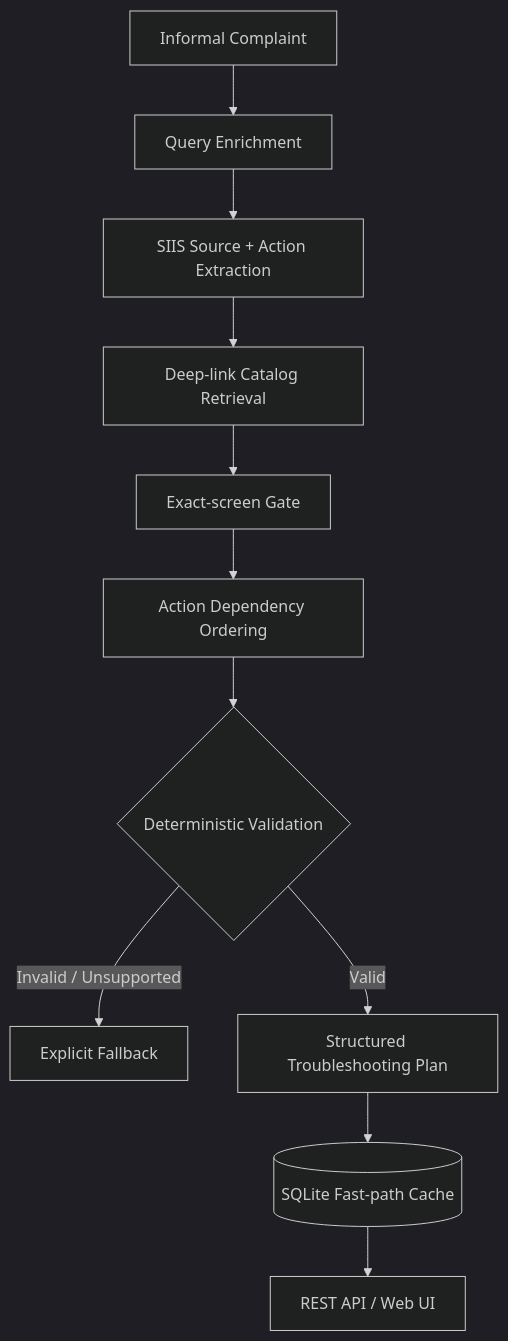
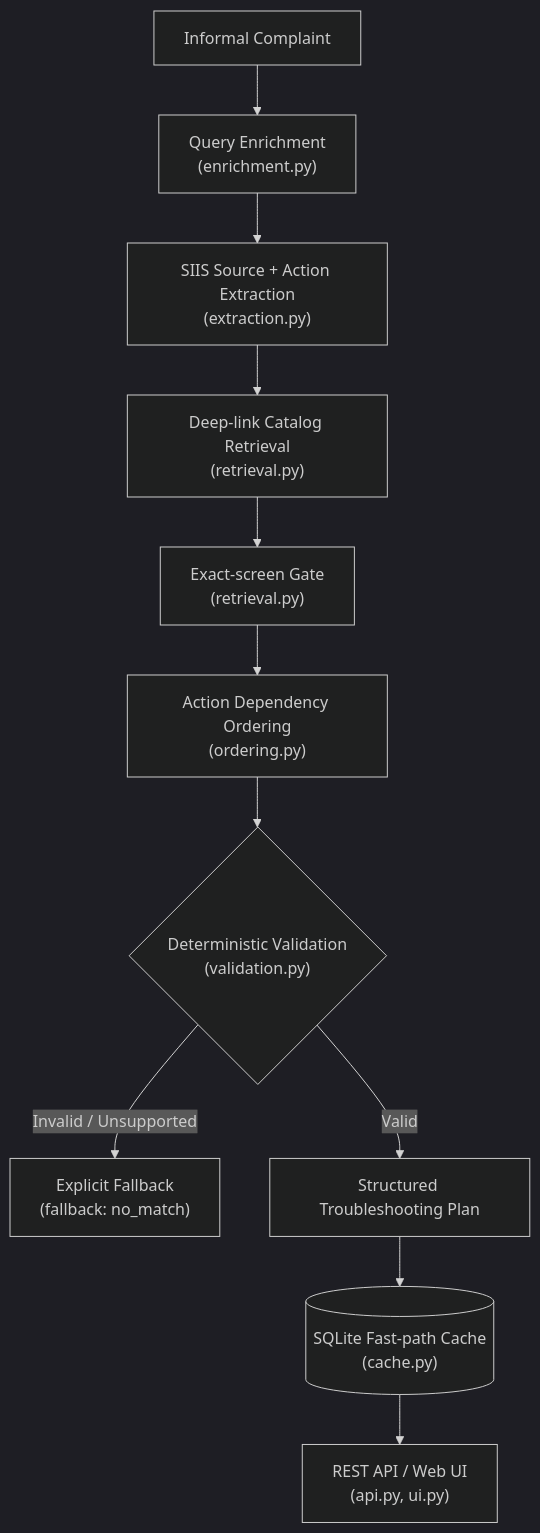
Before and after one commit to hedoescode-mayank/PRISM_GENAI_HACKATHON_Y2026: the diagram in README.md, drawn with Mermaid (dark theme). The commit also changed other lines of this file and 1 other file, not shown here.

````diff
--- a/README.md
+++ b/README.md
@@ -53,15 +84,15 @@
 ```mermaid
 graph TD
-    A[Informal Complaint] --> B[Query Enrichment]
-    B --> C[SIIS Source + Action Extraction]
-    C --> D[Deep-link Catalog Retrieval]
-    D --> E[Exact-screen Gate]
-    E --> F[Action Dependency Ordering]
-    F --> G{Deterministic Validation}
+    A["Informal Complaint"] --> B["Query Enrichment<br/>(enrichment.py)"]
+    B --> C["SIIS Source + Action Extraction<br/>(extraction.py)"]
+    C --> D["Deep-link Catalog Retrieval<br/>(retrieval.py)"]
+    D --> E["Exact-screen Gate<br/>(retrieval.py)"]
+    E --> F["Action Dependency Ordering<br/>(ordering.py)"]
+    F --> G{"Deterministic Validation<br/>(validation.py)"}
     
-    G -- Invalid / Unsupported --> H[Explicit Fallback]
-    G -- Valid --> I[Structured Troubleshooting Plan]
+    G -- "Invalid / Unsupported" --> H["Explicit Fallback<br/>(fallback: no_match)"]
+    G -- "Valid" --> I["Structured Troubleshooting Plan"]
     
-    I --> J[(SQLite Fast-path Cache)]
-    J --> K[REST API / Web UI]
+    I --> J[("SQLite Fast-path Cache<br/>(cache.py)")]
+    J --> K["REST API / Web UI<br/>(api.py, ui.py)"]
 ```
````
